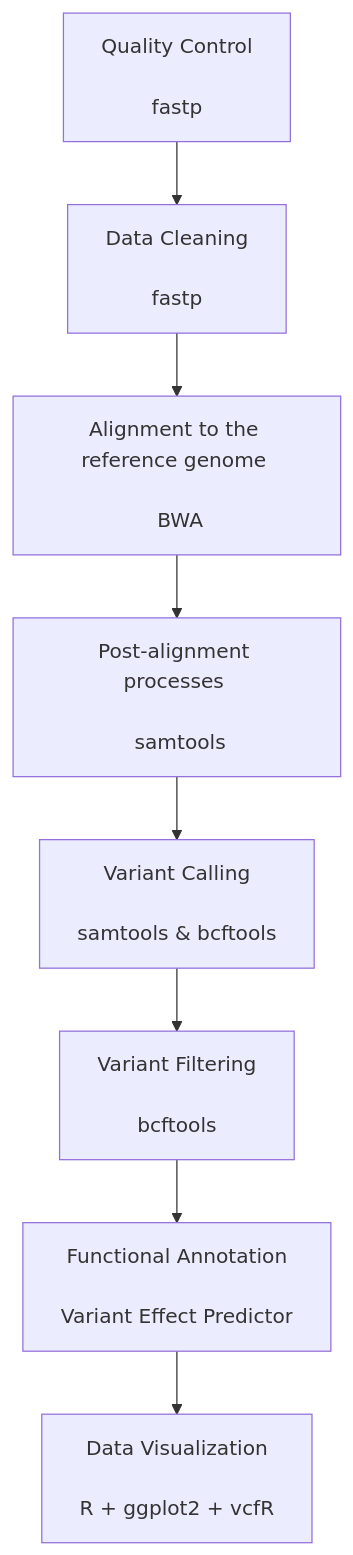
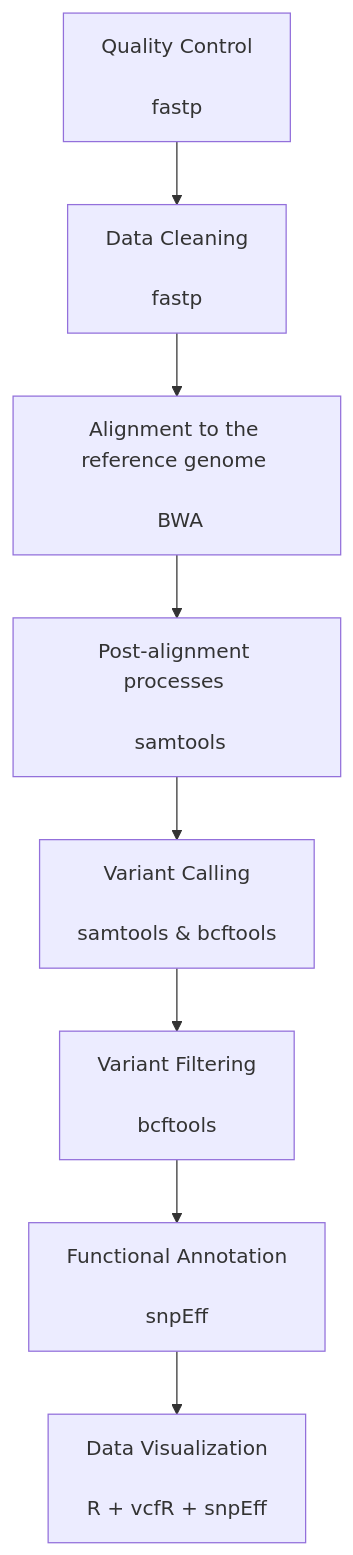
The diagram in RAPORT.md (Hartecky/AnalizaDanychNGS), drawn with Mermaid before and after one commit. The commit also changed other lines of this file and 4 other files, not shown here.

````diff
--- a/RAPORT.md
+++ b/RAPORT.md
@@ -26,16 +24,16 @@
 ```mermaid
 flowchart TD;
     A[Quality Control \n\n fastp] --> B[Data Cleaning \n\n fastp];
     
     B[Data Cleaning \n\n fastp] --> C[Alignment to the reference genome \n\n BWA];
     
     C[Alignment to the reference genome \n\n BWA] --> D[Post-alignment processes \n\n samtools];
     
     D[Post-alignment processes \n\n samtools] --> E[Variant Calling \n\n samtools & bcftools];
     
     E[Variant Calling \n\n samtools & bcftools] --> F[Variant Filtering \n\n bcftools];
     
-    F[Variant Filtering \n\n bcftools] --> G[Functional Annotation \n\n Variant Effect Predictor];
+    F[Variant Filtering \n\n bcftools] --> G[Functional Annotation \n\n snpEff];
     
-    G[Functional Annotation \n\n Variant Effect Predictor] --> H[Data Visualization \n\n R + ggplot2 + vcfR];
+    G[Functional Annotation \n\n snpEff] --> H[Data Visualization \n\n R + vcfR + snpEff];
 ```
````
